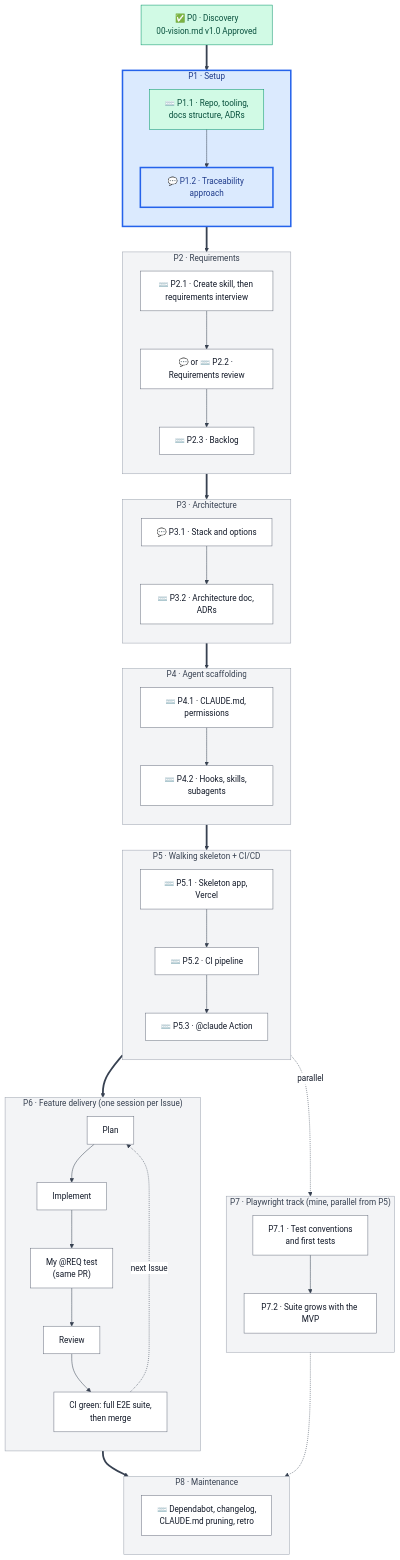
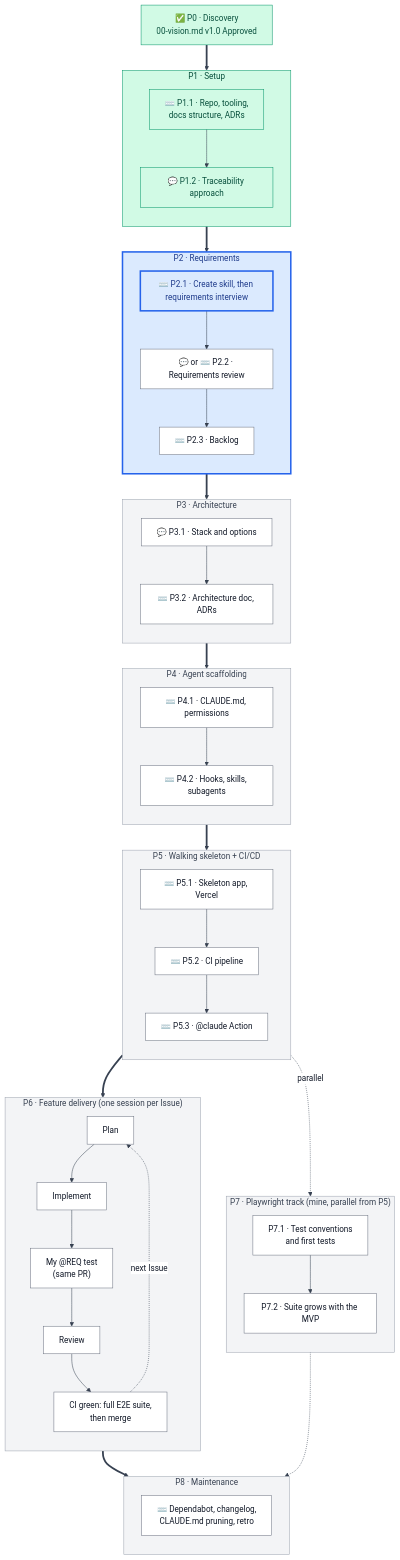
Before and after one commit to TLevkova/fitcadence: the diagram in docs/fitcadence-delivery-roadmap.md, drawn with Mermaid. The commit also changed other lines of this file and 2 other files, not shown here.

Commit message:
docs: add ADR-017 traceability matrix (D-17 proposed); brief v0.12, delivery roadmap v0.13

````diff
--- a/docs/fitcadence-delivery-roadmap.md
+++ b/docs/fitcadence-delivery-roadmap.md
@@ -20,76 +20,78 @@
 ```mermaid
 ---
 config:
   theme: base
   themeVariables:
     background: '#ffffff'
     primaryColor: '#ffffff'
     primaryTextColor: '#111827'
     primaryBorderColor: '#6b7280'
     lineColor: '#374151'
     textColor: '#111827'
     titleColor: '#111827'
     clusterBkg: '#ffffff'
     clusterBorder: '#9ca3af'
     edgeLabelBackground: '#ffffff'
 ---
 flowchart TB
     D0["✅ P0 · Discovery<br/>00-vision.md v1.0 Approved"]
 
     subgraph P1["P1 · Setup"]
         direction TB
         p11["⌨️ P1.1 · Repo, tooling,<br/>docs structure, ADRs"] --> p12["💬 P1.2 · Traceability approach"]
     end
 
     subgraph P2["P2 · Requirements"]
         direction TB
         p21["⌨️ P2.1 · Create skill, then requirements interview"] --> p22["💬 or ⌨️ P2.2 · Requirements review"] --> p23["⌨️ P2.3 · Backlog"]
     end
 
     subgraph P3["P3 · Architecture"]
         direction TB
         p31["💬 P3.1 · Stack and options"] --> p32["⌨️ P3.2 · Architecture doc, ADRs"]
     end
 
     subgraph P4["P4 · Agent scaffolding"]
         direction TB
         p41["⌨️ P4.1 · CLAUDE.md, permissions"] --> p42["⌨️ P4.2 · Hooks, skills, subagents"]
     end
 
     subgraph P5["P5 · Walking skeleton + CI/CD"]
         direction TB
         p51["⌨️ P5.1 · Skeleton app, Vercel"] --> p52["⌨️ P5.2 · CI pipeline"] --> p53["⌨️ P5.3 · @claude Action"]
     end
 
     subgraph P6["P6 · Feature delivery (one session per Issue)"]
         direction TB
         p6a["Plan"] --> p6b["Implement"] --> p6e["My @REQ test<br/>(same PR)"] --> p6c["Review"] --> p6d["CI green: full E2E suite,<br/>then merge"]
         p6d -. next Issue .-> p6a
     end
 
     subgraph P7["P7 · Playwright track (mine, parallel from P5)"]
         direction TB
         p71["P7.1 · Test conventions<br/>and first tests"] --> p72["P7.2 · Suite grows with the MVP"]
     end
 
     subgraph P8["P8 · Maintenance"]
         direction TB
         p8["⌨️ Dependabot, changelog,<br/>CLAUDE.md pruning, retro"]
     end
 
     D0 ==> P1 ==> P2 ==> P3 ==> P4 ==> P5 ==> P6 ==> P8
     P5 -.->|parallel| P7
     P7 -.-> P8
 
     classDef step fill:#ffffff,stroke:#6b7280,color:#111827
     classDef done fill:#d1fae5,stroke:#059669,color:#064e3b
     classDef active fill:#dbeafe,stroke:#2563eb,stroke-width:3px,color:#1e3a8a
     classDef todo fill:#f3f4f6,stroke:#9ca3af,color:#374151
 
     class D0 done
     class p11 done
-    class p12 active
-    class P1 active
-    class P2,P3,P4,P5,P6,P7,P8 todo
-    class p21,p22,p23,p31,p32,p41,p42,p51,p52,p53,p6a,p6b,p6c,p6d,p6e,p71,p72,p8 step
+    class p12 done
+    class P1 done
+    class p21 active
+    class P2 active
+    class P3,P4,P5,P6,P7,P8 todo
+    class p22,p23,p31,p32,p41,p42,p51,p52,p53,p6a,p6b,p6c,p6d,p6e,p71,p72,p8 step
 ```
````
